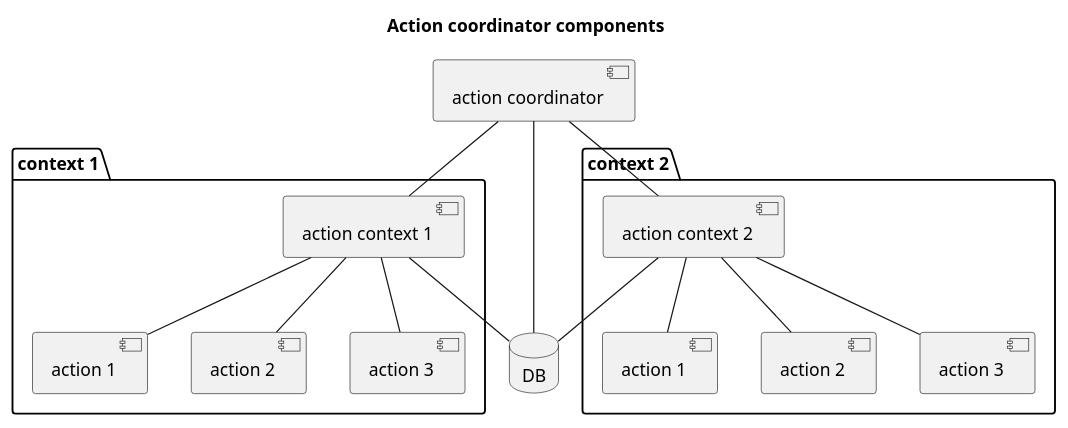
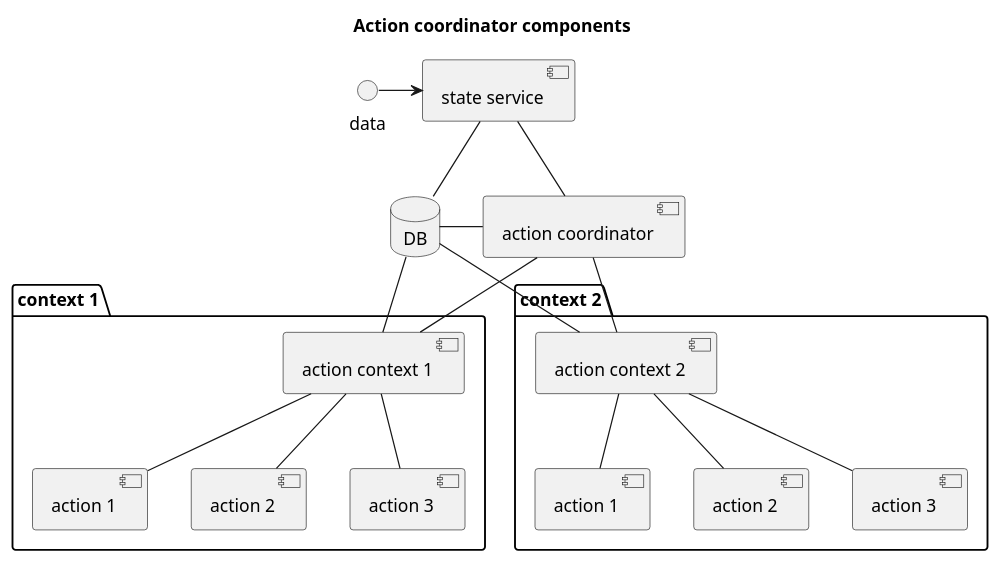
The diagram in prototypes/src/main/java/dvoraka/archbuilder/prototype/actioncoordinator/coordinator.puml (dvoraka/architecture-builder), drawn with PlantUML before and after one commit.

Commit message:
#65 Update component diagram

```diff
--- a/prototypes/src/main/java/dvoraka/archbuilder/prototype/actioncoordinator/coordinator.puml
+++ b/prototypes/src/main/java/dvoraka/archbuilder/prototype/actioncoordinator/coordinator.puml
@@ -1,38 +1,44 @@
 @startuml
 
 title Action coordinator components
 
 database DB as db
 
+[state service] as service
 [action coordinator] as coordinator
 
 package "context 1" {
     [action context 1] as context1
     [action 1] as action1
     [action 2] as action2
     [action 3] as action3
 }
 
 package "context 2" {
     [action context 2] as context2
     [action 1] as action4
     [action 2] as action5
     [action 3] as action6
 }
 
+data -> service
+
+service -down- coordinator
+
 coordinator -- context1
 coordinator -- context2
 
 context1 -- action1
 context1 -- action2
 context1 -- action3
 
 context2 -- action4
 context2 -- action5
 context2 -- action6
 
-coordinator -- db
-context1 -- db
-context2 -- db
+service -- db
+coordinator -left- db
+context1 -up- db
+context2 -up- db
 
 @enduml
```
